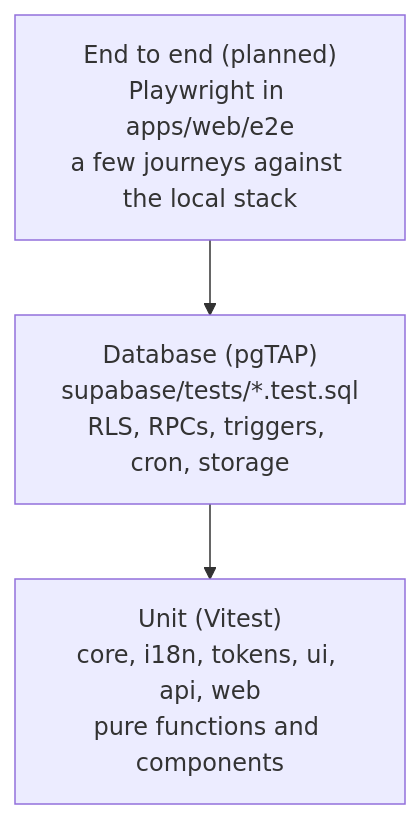
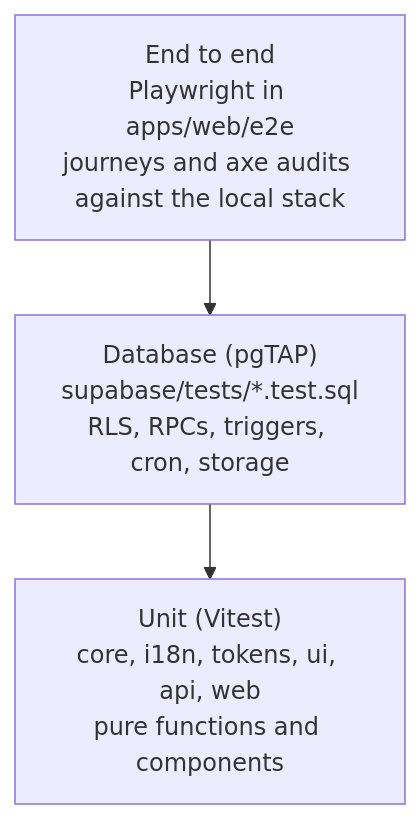
One commit to Fermulate/potluck changed the diagram in docs/testing.md. Above: the diagram before and after it, drawn with Mermaid. The commit also changed other lines of this file, not shown here.

````diff
--- a/docs/testing.md
+++ b/docs/testing.md
@@ -5,7 +5,7 @@
 ```mermaid
 flowchart TB
-  e2e["End to end (planned)<br/>Playwright in apps/web/e2e<br/>a few journeys against the local stack"]
+  e2e["End to end<br/>Playwright in apps/web/e2e<br/>journeys and axe audits against the local stack"]
   db["Database (pgTAP)<br/>supabase/tests/*.test.sql<br/>RLS, RPCs, triggers, cron, storage"]
   unit["Unit (Vitest)<br/>core, i18n, tokens, ui, api, web<br/>pure functions and components"]
   e2e --> db --> unit
 ```
````
